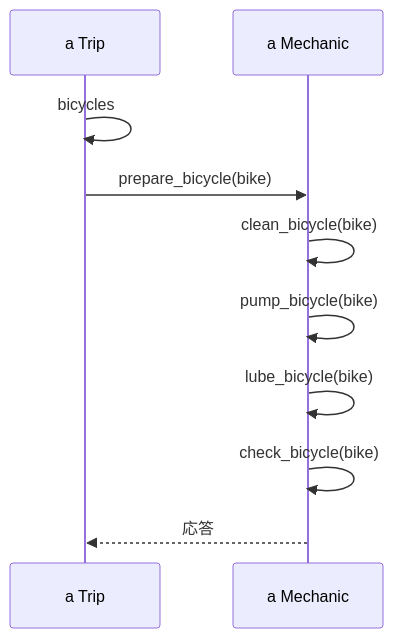
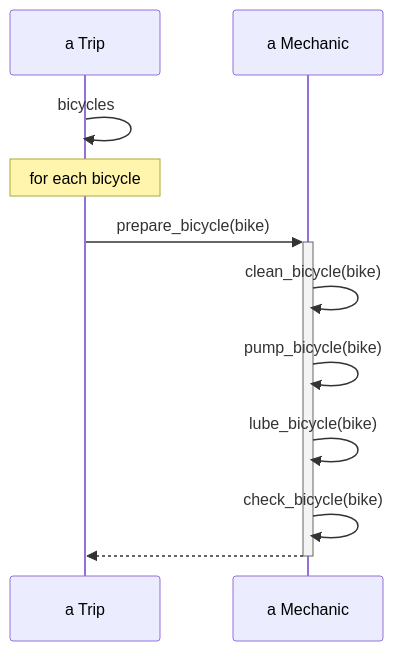
Before and after one commit to sho-sho-T/learning_OOP_for_ruby: the second of 4 diagrams in 04/make_flexible_interface.md, drawn with Mermaid. The commit also changed other lines of this file, not shown here.

````diff
--- a/04/make_flexible_interface.md
+++ b/04/make_flexible_interface.md
@@ -54,10 +59,11 @@
 ```mermaid
 sequenceDiagram
     a Trip->>a Trip: bicycles
-    a Trip->>a Mechanic: prepare_bicycle(bike)
+    Note over a Trip: for each bicycle
+    a Trip->>+a Mechanic: prepare_bicycle(bike)
     a Mechanic->>a Mechanic: clean_bicycle(bike)
     a Mechanic->>a Mechanic: pump_bicycle(bike)
     a Mechanic->>a Mechanic: lube_bicycle(bike)
     a Mechanic->>a Mechanic: check_bicycle(bike)
-    a Mechanic-->>a Trip: 応答
+    a Mechanic-->>-a Trip: 
 ```
````
